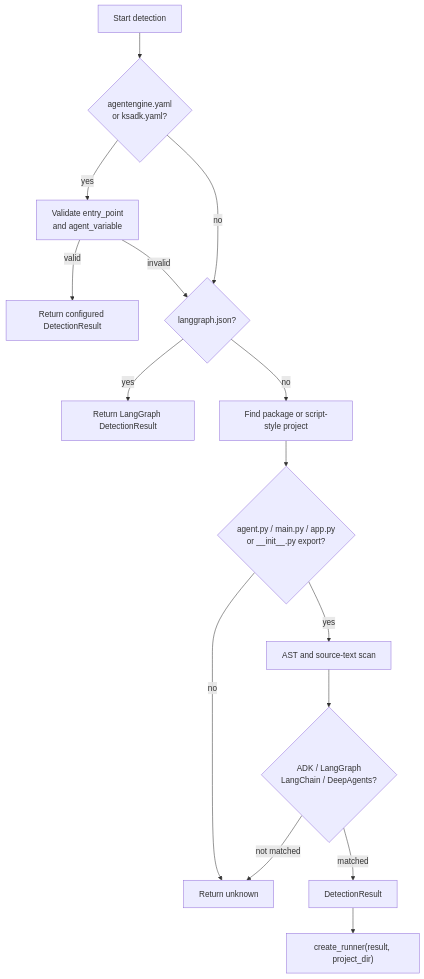
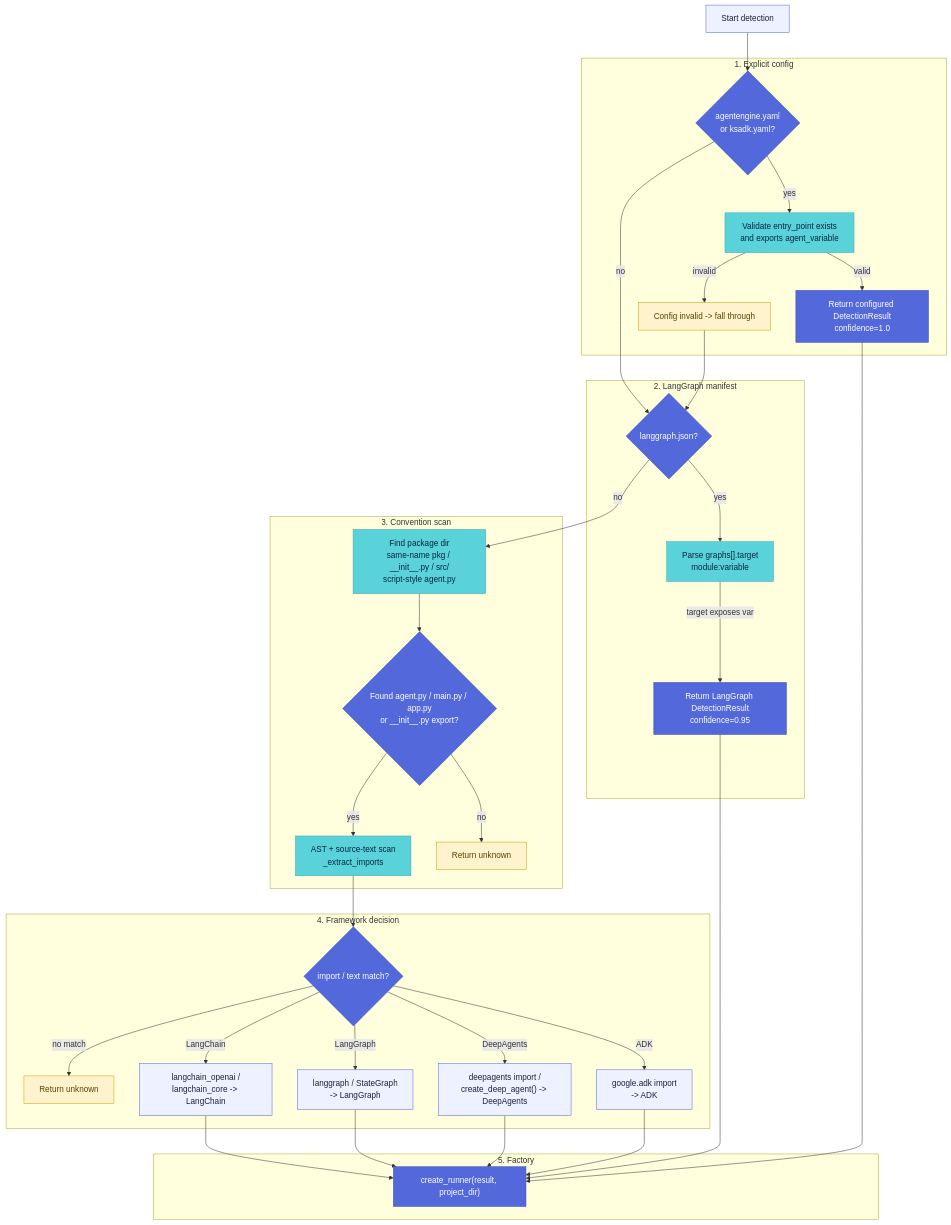
One commit to kingsoftcloud/ksadk-python changed the second of 2 diagrams in docs-site/content/docs/framework/guides/frameworks.en.mdx. Above: the diagram before and after it, drawn with Mermaid. The commit also changed other lines of this file and 33 other files, not shown here.

````diff
--- a/docs-site/content/docs/framework/guides/frameworks.en.mdx
+++ b/docs-site/content/docs/framework/guides/frameworks.en.mdx
@@ -236,17 +275,67 @@
 ```mermaid
 flowchart TD
-  Start["Start detection"] --> Explicit{"agentengine.yaml<br/>or ksadk.yaml?"}
-  Explicit -->|yes| Validate["Validate entry_point<br/>and agent_variable"]
-  Validate -->|valid| ConfigResult["Return configured DetectionResult"]
-  Validate -->|invalid| LangGraphJson{"langgraph.json?"}
-  Explicit -->|no| LangGraphJson
-  LangGraphJson -->|yes| LangGraphResult["Return LangGraph DetectionResult"]
-  LangGraphJson -->|no| Package["Find package or script-style project"]
-  Package --> AgentFile{"agent.py / main.py / app.py<br/>or __init__.py export?"}
-  AgentFile -->|no| Unknown["Return unknown"]
-  AgentFile -->|yes| StaticScan["AST and source-text scan"]
-  StaticScan --> Kind{"ADK / LangGraph<br/>LangChain / DeepAgents?"}
-  Kind -->|matched| Result["DetectionResult"]
-  Kind -->|not matched| Unknown
-  Result --> Factory["create_runner(result, project_dir)"]
+  classDef brandNode fill:#5368db,stroke:#3a4fb5,color:#fff,stroke-width:1px
+  classDef brandAccent fill:#59d3d9,stroke:#3fa9af,color:#0a2540,stroke-width:1px
+  classDef inputNode fill:#eef1ff,stroke:#5368db,color:#1a2240,stroke-width:1px
+  classDef warnNode fill:#fff3cd,stroke:#d39e00,color:#5a4500,stroke-width:1px
+
+  Start["Start detection"]:::inputNode
+
+  subgraph S1["1. Explicit config"]
+    Explicit{"agentengine.yaml<br/>or ksadk.yaml?"}:::brandNode
+    Validate["Validate entry_point exists<br/>and exports agent_variable"]:::brandAccent
+    ConfigResult["Return configured DetectionResult<br/>confidence=1.0"]:::brandNode
+    ConfigInvalid["Config invalid -> fall through"]:::warnNode
+  end
+
+  subgraph S2["2. LangGraph manifest"]
+    LangGraphJson{"langgraph.json?"}:::brandNode
+    GraphTarget["Parse graphs[].target<br/>module:variable"]:::brandAccent
+    LangGraphResult["Return LangGraph DetectionResult<br/>confidence=0.95"]:::brandNode
+  end
+
+  subgraph S3["3. Convention scan"]
+    Package["Find package dir<br/>same-name pkg / __init__.py / src/<br/>script-style agent.py"]:::brandAccent
+    AgentFile{"Found agent.py / main.py / app.py<br/>or __init__.py export?"}:::brandNode
+    Unknown1["Return unknown"]:::warnNode
+    StaticScan["AST + source-text scan<br/>_extract_imports"]:::brandAccent
+  end
+
+  subgraph S4["4. Framework decision"]
+    Kind{"import / text match?"}:::brandNode
+    IsADK["google.adk import<br/>-> ADK"]:::inputNode
+    IsDeep["deepagents import /<br/>create_deep_agent() -> DeepAgents"]:::inputNode
+    IsLG["langgraph / StateGraph<br/>-> LangGraph"]:::inputNode
+    IsLC["langchain_openai /<br/>langchain_core -> LangChain"]:::inputNode
+    Unknown2["Return unknown"]:::warnNode
+  end
+
+  subgraph S5["5. Factory"]
+    Factory["create_runner(result, project_dir)"]:::brandNode
+  end
+
+  Start --> Explicit
+  Explicit -->|"yes"| Validate
+  Validate -->|"valid"| ConfigResult
+  Validate -->|"invalid"| ConfigInvalid
+  ConfigInvalid --> LangGraphJson
+  Explicit -->|"no"| LangGraphJson
+  LangGraphJson -->|"yes"| GraphTarget
+  GraphTarget -->|"target exposes var"| LangGraphResult
+  LangGraphJson -->|"no"| Package
+  LangGraphResult --> Factory
+  ConfigResult --> Factory
+  Package --> AgentFile
+  AgentFile -->|"no"| Unknown1
+  AgentFile -->|"yes"| StaticScan
+  StaticScan --> Kind
+  Kind -->|"ADK"| IsADK
+  Kind -->|"DeepAgents"| IsDeep
+  Kind -->|"LangGraph"| IsLG
+  Kind -->|"LangChain"| IsLC
+  Kind -->|"no match"| Unknown2
+  IsADK --> Factory
+  IsDeep --> Factory
+  IsLG --> Factory
+  IsLC --> Factory
 ```
````
